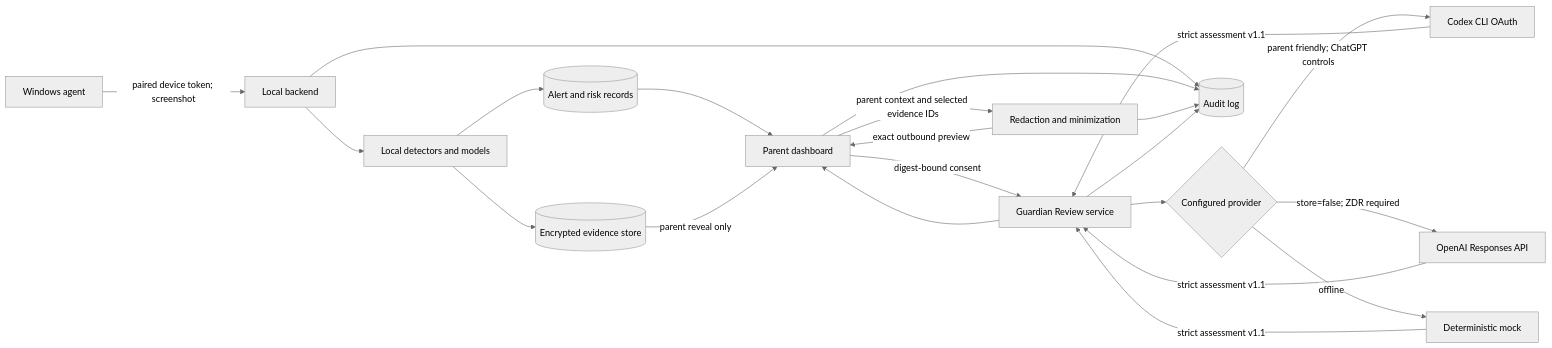
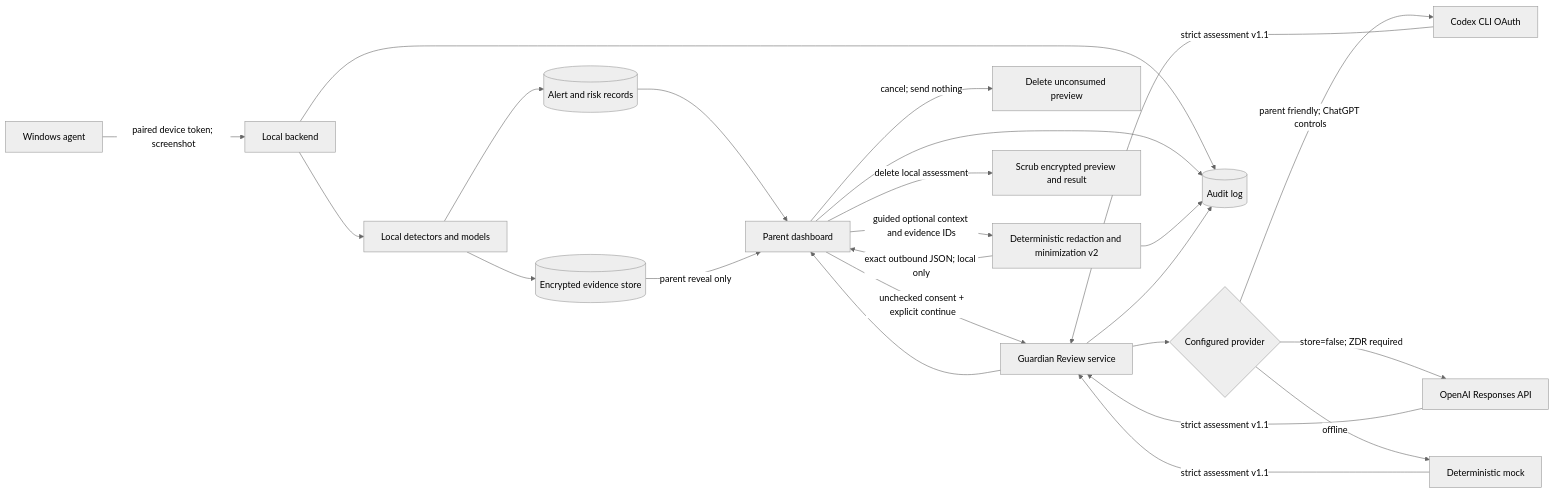
Before and after one commit to the-vibe-dev/guardiannode: the diagram in docs/build-week/GUARDIAN_REVIEW_SPEC.md, drawn with Mermaid (neutral theme). The commit also changed other lines of this file and 14 other files, not shown here.

Commit message:
docs: record July 15 Guardian Review privacy work

````diff
--- a/docs/build-week/GUARDIAN_REVIEW_SPEC.md
+++ b/docs/build-week/GUARDIAN_REVIEW_SPEC.md
@@ -35,24 +36,26 @@
 ```mermaid
 flowchart LR
     A[Windows agent] -->|paired device token; screenshot| B[Local backend]
     B --> C[Local detectors and models]
     C --> D[(Encrypted evidence store)]
     C --> E[(Alert and risk records)]
     E --> F[Parent dashboard]
     D -->|parent reveal only| F
-    F -->|parent context and selected evidence IDs| G[Redaction and minimization]
-    G -->|exact outbound preview| F
-    F -->|digest-bound consent| H[Guardian Review service]
+    F -->|guided optional context and evidence IDs| G[Deterministic redaction and minimization v2]
+    G -->|exact outbound JSON; local only| F
+    F -->|cancel; send nothing| N[Delete unconsumed preview]
+    F -->|unchecked consent + explicit continue| H[Guardian Review service]
     H --> K{Configured provider}
     K -->|parent friendly; ChatGPT controls| L[Codex CLI OAuth]
     K -->|store=false; ZDR required| I[OpenAI Responses API]
     K -->|offline| M[Deterministic mock]
     L -->|strict assessment v1.1| H
     I -->|strict assessment v1.1| H
     M -->|strict assessment v1.1| H
     H --> F
+    F -->|delete local assessment| O[Scrub encrypted preview and result]
     B --> J[(Audit log)]
     F --> J
     G --> J
     H --> J
 ```
````
